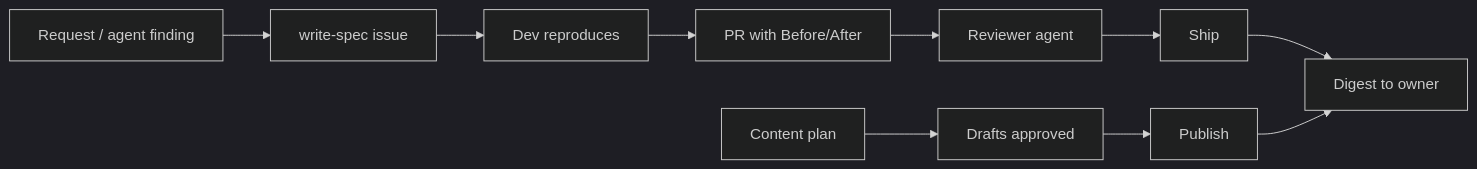
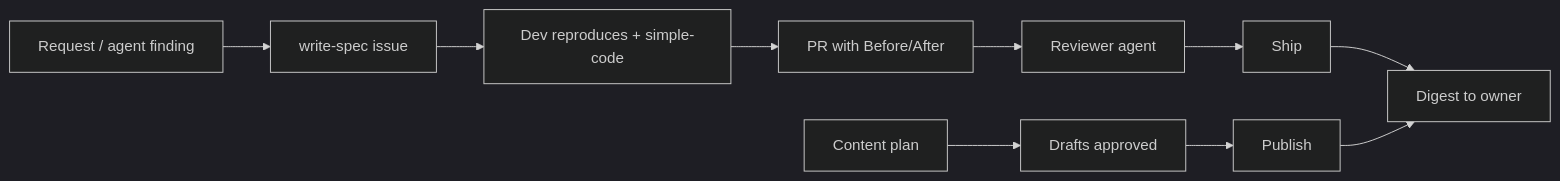
One commit to gregszero/super-ship-club changed the diagram in README.md. Above: the diagram before and after it, drawn with Mermaid (dark theme). The commit also changed other lines of this file and 1 other file, not shown here.

Commit message:
Add simple-code skill

````diff
--- a/README.md
+++ b/README.md
@@ -5,11 +5,11 @@
 ```mermaid
 flowchart LR
   R[Request / agent finding] --> A[write-spec issue]
-  A --> B[Dev reproduces]
+  A --> B[Dev reproduces + simple-code]
   B --> C[PR with Before/After]
   C --> D[Reviewer agent]
   D --> E[Ship]
   E --> F[Digest to owner]
   P[Content plan] --> Q[Drafts approved] --> S[Publish]
   S --> F
 ```
````
